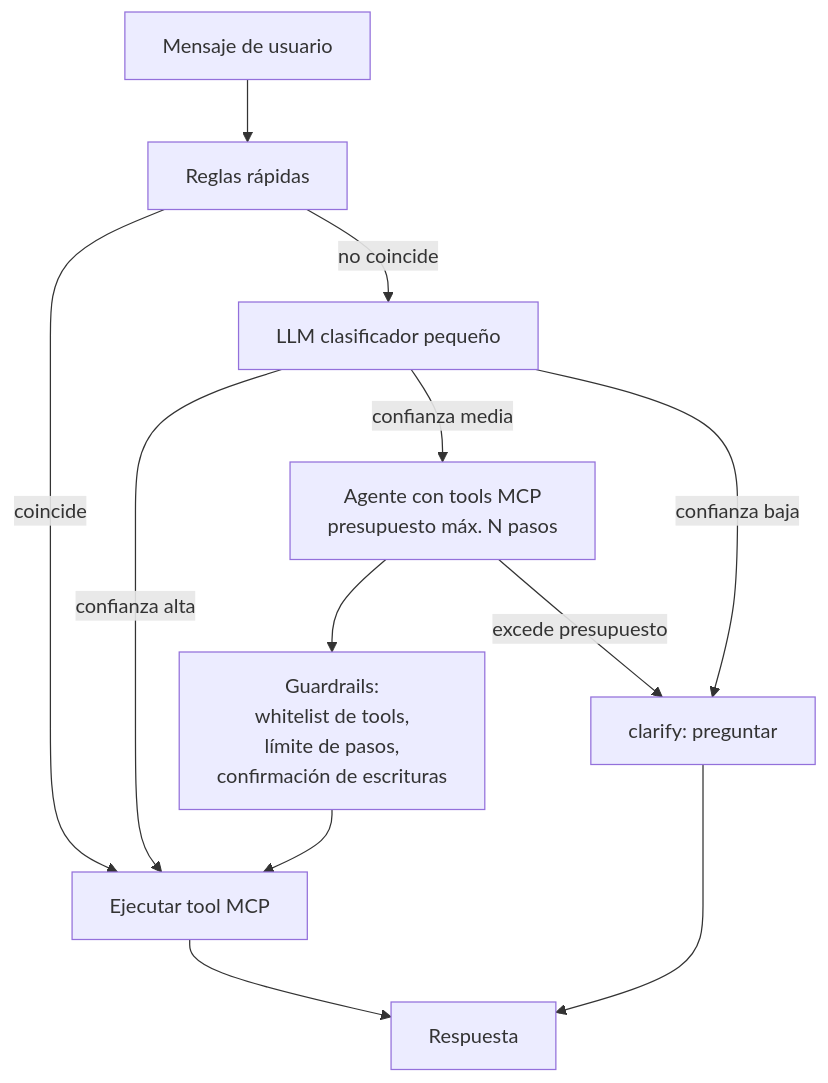
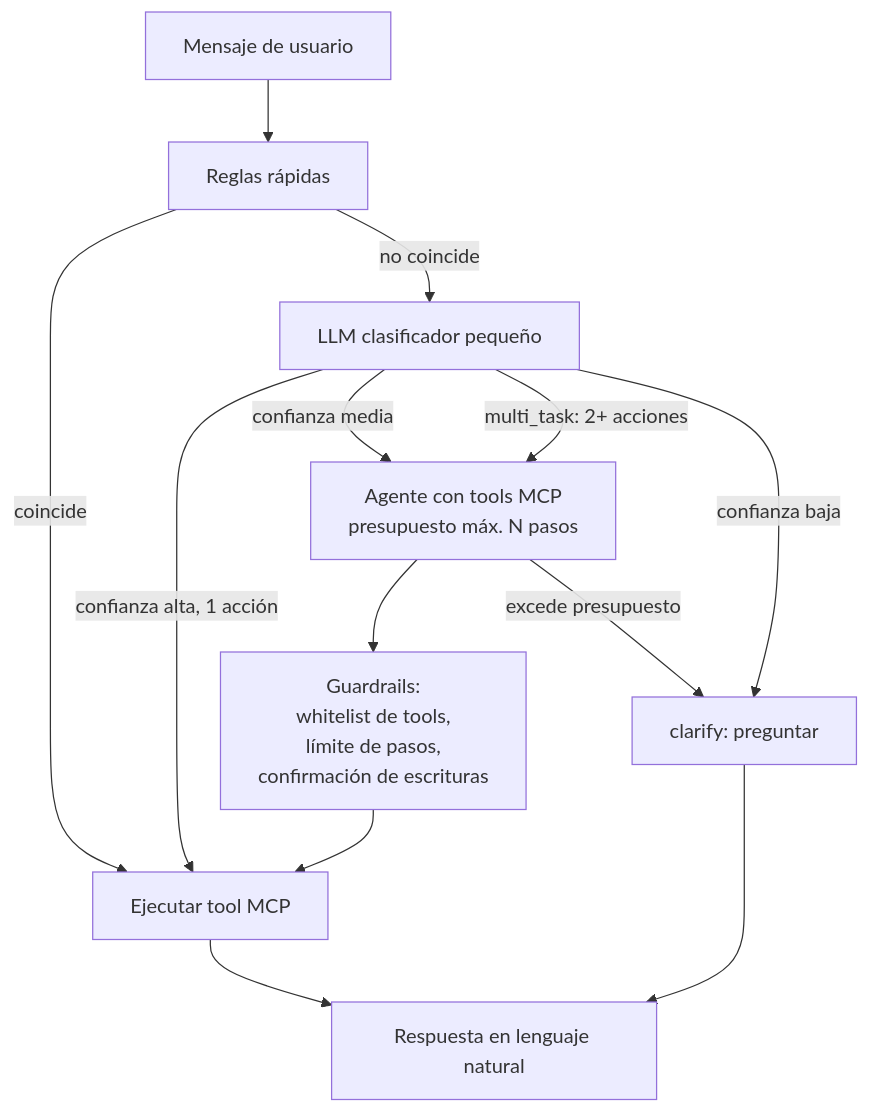
One commit to AlexisBerrio/personal_assistant_agent changed the fourth of 5 diagrams in docs/anexo_arquitectura_objetivo.md. Above: the diagram before and after it, drawn with Mermaid. The commit also changed other lines of this file and 1 other file, not shown here.

````diff
--- a/docs/anexo_arquitectura_objetivo.md
+++ b/docs/anexo_arquitectura_objetivo.md
@@ -500,14 +500,15 @@
 ```mermaid
 graph TD
     MSG["Mensaje de usuario"] --> RULES["Reglas rápidas"]
     RULES -->|coincide| EXEC["Ejecutar tool MCP"]
     RULES -->|no coincide| CLS["LLM clasificador pequeño"]
-    CLS -->|confianza alta| EXEC
+    CLS -->|confianza alta, 1 acción| EXEC
     CLS -->|confianza media| AGENT["Agente con tools MCP<br/>presupuesto máx. N pasos"]
+    CLS -->|multi_task: 2+ acciones| AGENT
     CLS -->|confianza baja| CLAR["clarify: preguntar"]
     AGENT --> GUARD["Guardrails:<br/>whitelist de tools,<br/>límite de pasos,<br/>confirmación de escrituras"]
     GUARD --> EXEC
     AGENT -->|excede presupuesto| CLAR
-    EXEC --> RESP["Respuesta"]
+    EXEC --> RESP["Respuesta en lenguaje natural"]
     CLAR --> RESP
 ```
````
